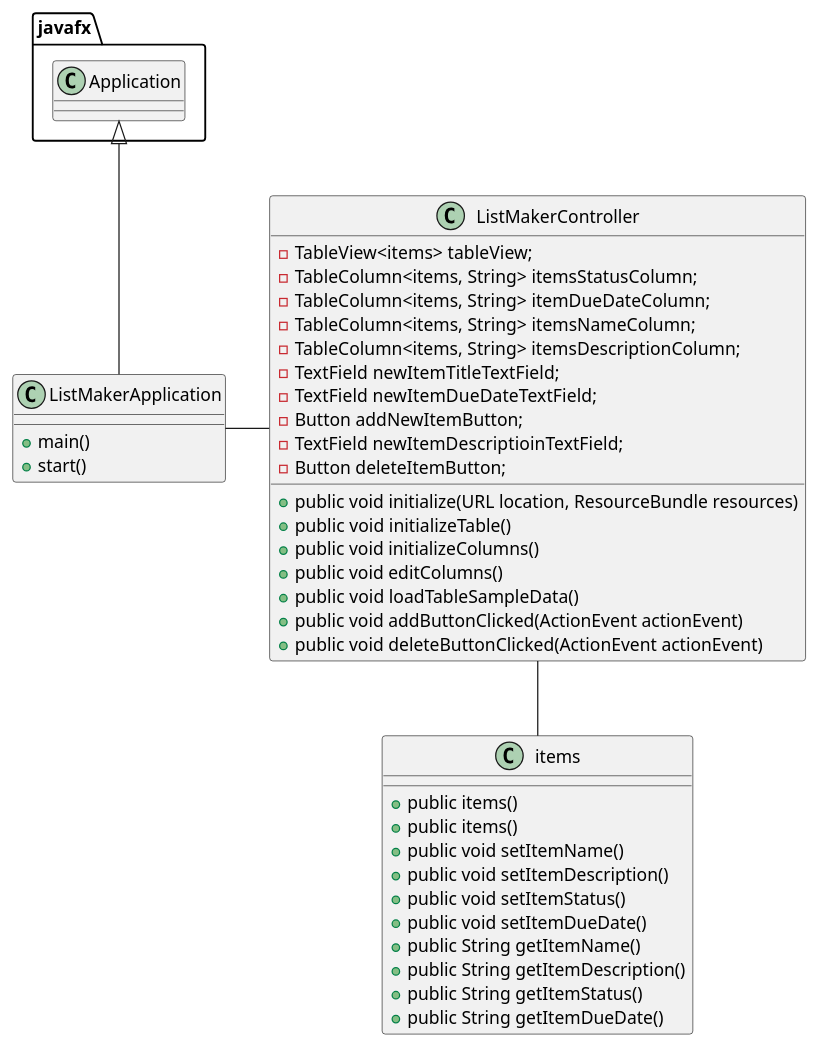
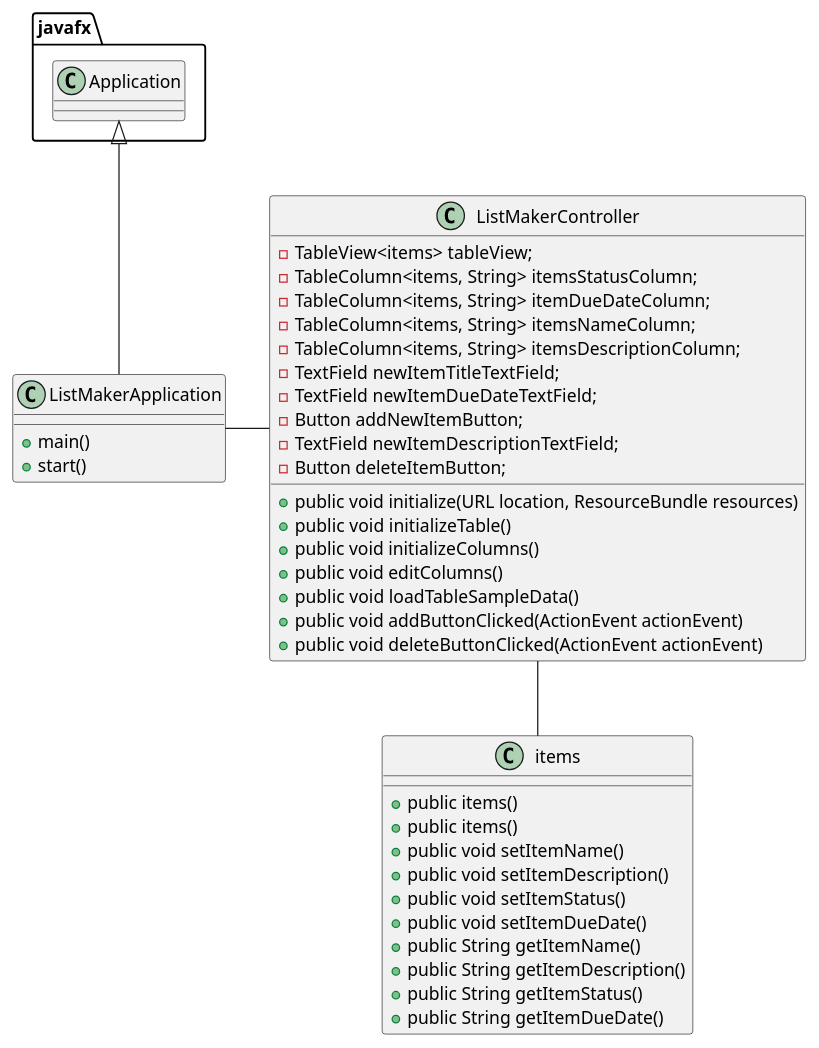
The diagram in src/main/uml/todoList.puml (Ivedent-Lloyd-III/lloyd-cop3330-assignment4part2), drawn with PlantUML before and after one commit. The commit also changed 16 other files, not shown here.

```diff
--- a/src/main/uml/todoList.puml
+++ b/src/main/uml/todoList.puml
@@ -1,50 +1,50 @@
 @startuml
 'https://plantuml.com/class-diagram
 
 class ListMakerApplication{
     +main()
     +start()
 }
 
 class ListMakerController {
 
         - TableView<items> tableView;
         - TableColumn<items, String> itemsStatusColumn;
         - TableColumn<items, String> itemDueDateColumn;
         - TableColumn<items, String> itemsNameColumn;
         - TableColumn<items, String> itemsDescriptionColumn;
         - TextField newItemTitleTextField;
         - TextField newItemDueDateTextField;
         - Button addNewItemButton;
-        - TextField newItemDescriptioinTextField;
+        - TextField newItemDescriptionTextField;
         - Button deleteItemButton;
 
         +public void initialize(URL location, ResourceBundle resources)
         +public void initializeTable()
         +public void initializeColumns()
         +public void editColumns()
         +public void loadTableSampleData()
         +public void addButtonClicked(ActionEvent actionEvent)
         +public void deleteButtonClicked(ActionEvent actionEvent)
 }
 
 class items {
 
 + public items()
 + public items()
 + public void setItemName()
 + public void setItemDescription()
 + public void setItemStatus()
 + public void setItemDueDate()
 + public String getItemName()
 + public String getItemDescription()
 + public String getItemStatus()
 + public String getItemDueDate()
 
 }
 
 ListMakerApplication - ListMakerController
 ListMakerController -- items
 javafx.Application <|-- ListMakerApplication
 
 @enduml
```
